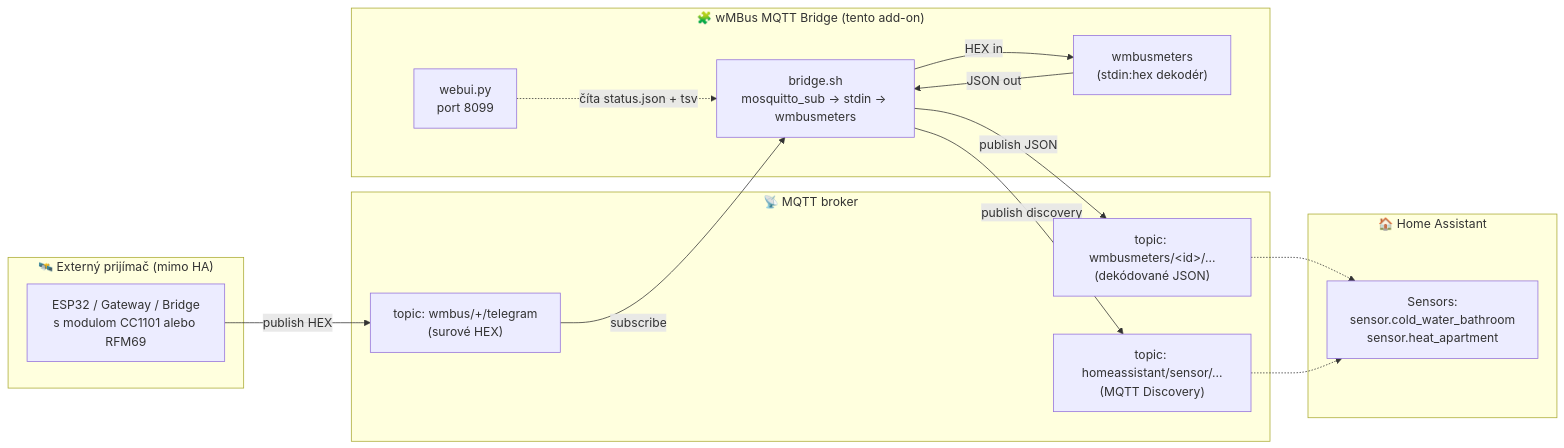
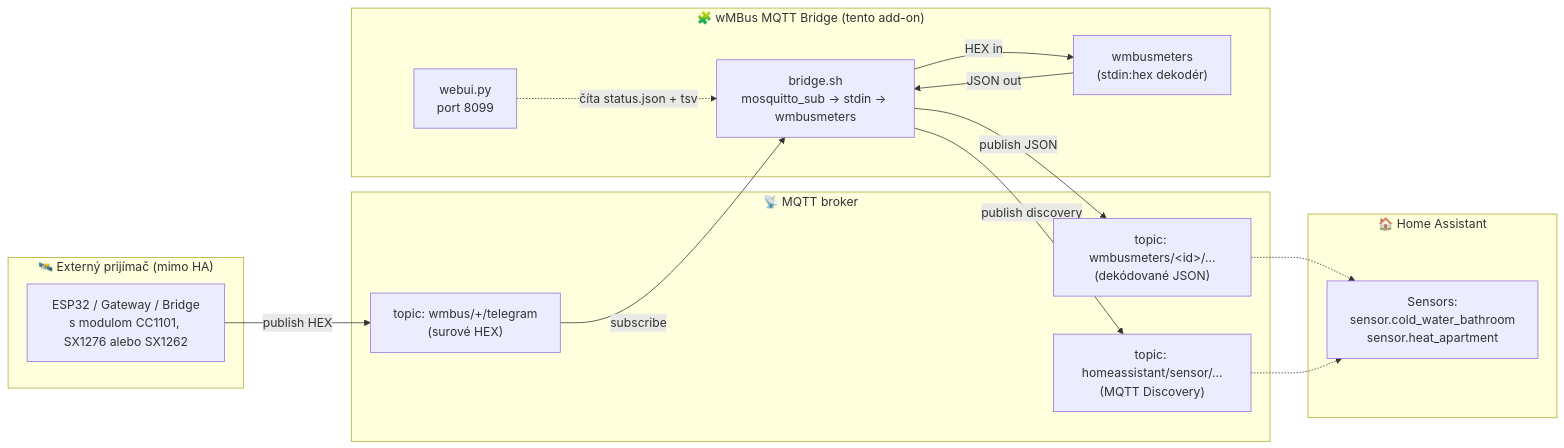
Before and after one commit to Kustonium/homeassistant-wmbus-mqtt-bridge: the first of 7 diagrams in docs/README.sk.md, drawn with Mermaid. The commit also changed other lines of this file and 10 other files, not shown here.

````diff
--- a/docs/README.sk.md
+++ b/docs/README.sk.md
@@ -52,33 +54,33 @@
 ```mermaid
 %%{init: {'theme':'default'}}%%
 flowchart LR
   subgraph EXT["🛰️ Externý prijímač (mimo HA)"]
-    A1["ESP32 / Gateway / Bridge<br/>s modulom CC1101 alebo RFM69"]
+    A1["ESP32 / Gateway / Bridge<br/>s modulom CC1101, SX1276 alebo SX1262"]
   end
 
   subgraph BROKER["📡 MQTT broker"]
     B1["topic: wmbus/+/telegram<br/>(surové HEX)"]
     B2["topic: wmbusmeters/&lt;id&gt;/...<br/>(dekódované JSON)"]
     B3["topic: homeassistant/sensor/...<br/>(MQTT Discovery)"]
   end
 
   subgraph ADDON["🧩 wMBus MQTT Bridge (tento add-on)"]
     C1["bridge.sh<br/>mosquitto_sub → stdin → wmbusmeters"]
     C2["wmbusmeters<br/>(stdin:hex dekodér)"]
     C3["webui.py<br/>port 8099"]
     C1 -- "HEX in" --> C2
     C2 -- "JSON out" --> C1
     C3 -. "číta status.json + tsv" .-> C1
   end
 
   subgraph HA["🏠 Home Assistant"]
     D1["Sensors:<br/>sensor.cold_water_bathroom<br/>sensor.heat_apartment"]
   end
 
   A1 -- "publish HEX" --> B1
   B1 -- "subscribe" --> C1
   C1 -- "publish JSON" --> B2
   C1 -- "publish discovery" --> B3
   B2 -.-> D1
   B3 -.-> D1
 ```
````
